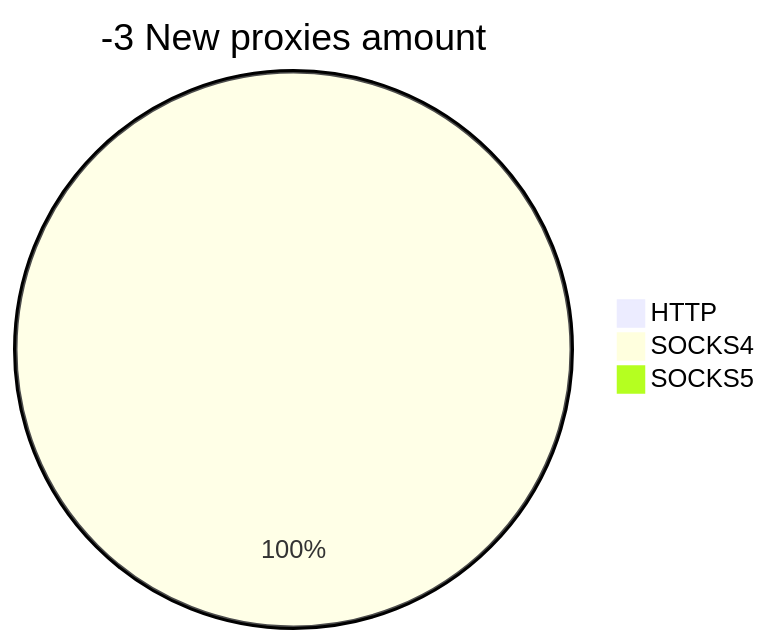
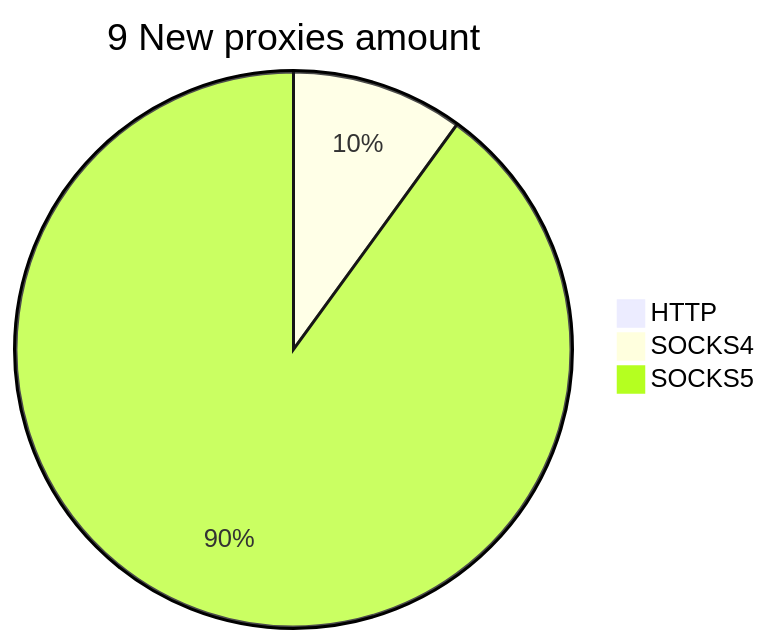
The second of 2 diagrams in README.md (cutipu/proxylist), drawn with Mermaid before and after one commit. The commit also changed other lines of this file, not shown here.

````diff
--- a/README.md
+++ b/README.md
@@ -10,6 +10,6 @@
 ```mermaid
-pie title -3 New proxies amount
+pie title 9 New proxies amount
     "HTTP" : 0
-    "SOCKS4" : 2
-    "SOCKS5" : 0
+    "SOCKS4" : 1
+    "SOCKS5" : 9
 ```
````
